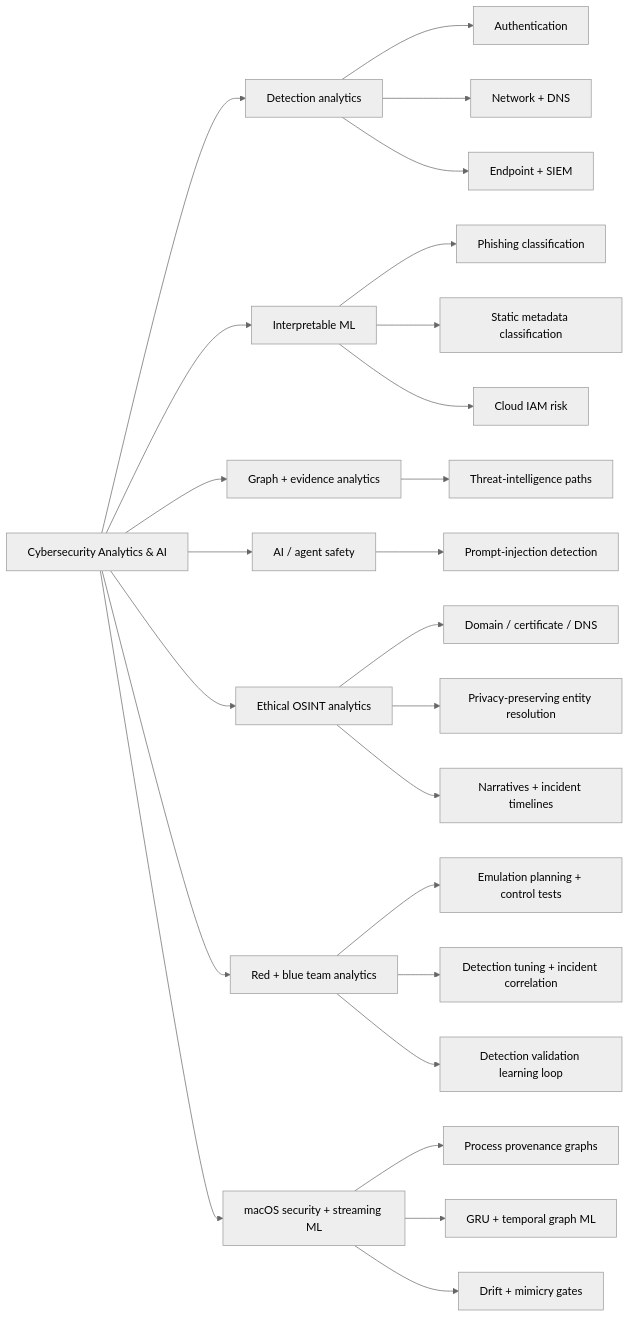
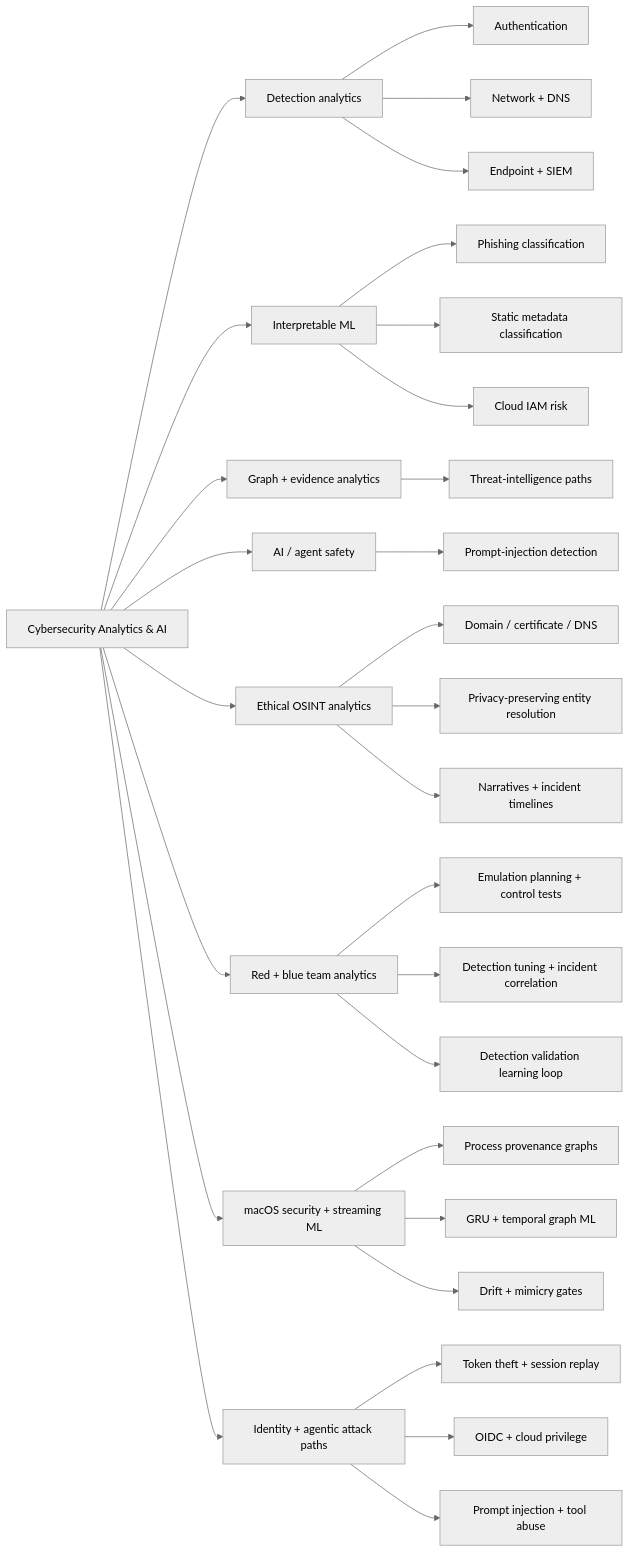
The first of 3 diagrams in README.md (VinayK88/cybersecurity-analytics), drawn with Mermaid (neutral theme) before and after one commit. The commit also changed other lines of this file, not shown here.

Commit message:
Feature AttackPath AI in the project catalog

````diff
--- a/README.md
+++ b/README.md
@@ -43,35 +43,40 @@
 ```mermaid
 flowchart LR
     ROOT["Cybersecurity Analytics & AI"]
 
     ROOT --> DETECT["Detection analytics"]
     ROOT --> ML["Interpretable ML"]
     ROOT --> GRAPH["Graph + evidence analytics"]
     ROOT --> AI["AI / agent safety"]
     ROOT --> OSINT["Ethical OSINT analytics"]
     ROOT --> PURPLE["Red + blue team analytics"]
     ROOT --> MAC["macOS security + streaming ML"]
+    ROOT --> ATTACKPATH["Identity + agentic attack paths"]
 
     DETECT --> AUTH["Authentication"]
     DETECT --> NET["Network + DNS"]
     DETECT --> ENDPOINT["Endpoint + SIEM"]
 
     ML --> PHISH["Phishing classification"]
     ML --> MALWARE["Static metadata classification"]
     ML --> IAM["Cloud IAM risk"]
 
     GRAPH --> CTI["Threat-intelligence paths"]
     AI --> INJECTION["Prompt-injection detection"]
 
     OSINT --> INFRA["Domain / certificate / DNS"]
     OSINT --> PEOPLE["Privacy-preserving entity resolution"]
     OSINT --> FUSION["Narratives + incident timelines"]
 
     PURPLE --> RED["Emulation planning + control tests"]
     PURPLE --> BLUE["Detection tuning + incident correlation"]
     PURPLE --> LOOP["Detection validation learning loop"]
 
     MAC --> PROV["Process provenance graphs"]
     MAC --> STREAM["GRU + temporal graph ML"]
     MAC --> ROBUST["Drift + mimicry gates"]
+
+    ATTACKPATH --> TOKEN["Token theft + session replay"]
+    ATTACKPATH --> OIDC["OIDC + cloud privilege"]
+    ATTACKPATH --> TOOLS["Prompt injection + tool abuse"]
 ```
````
